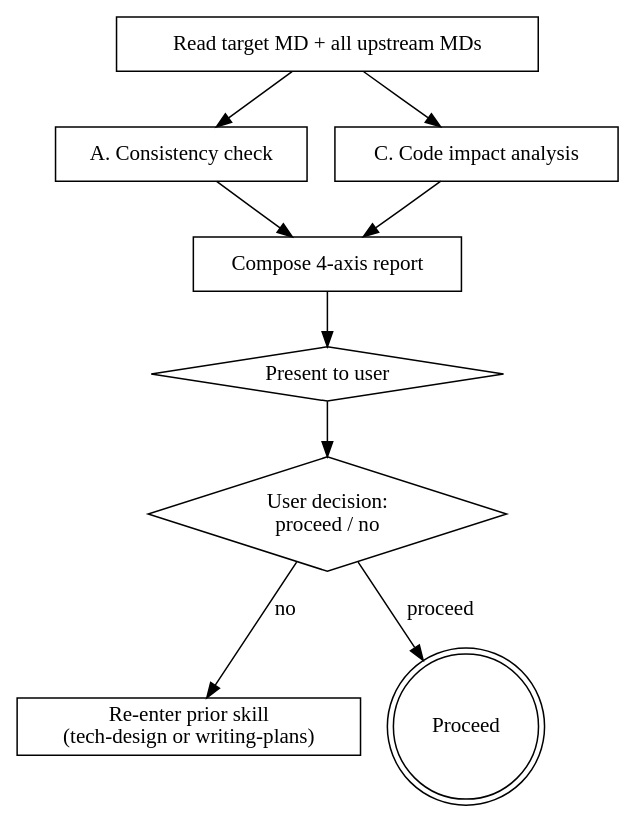
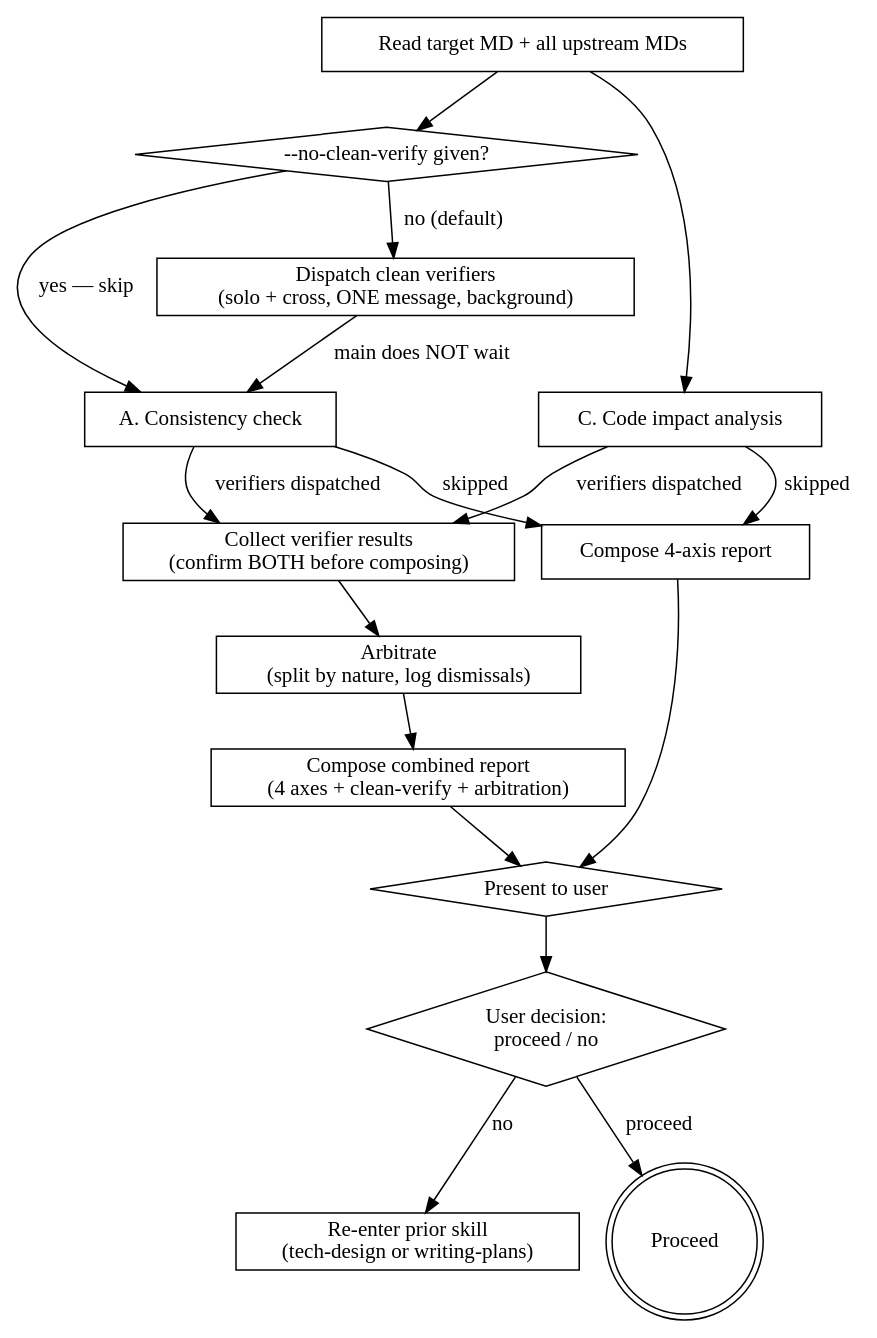
The diagram in skills/verifying-spec/SKILL.md (LonerStayle/js-super), drawn with Graphviz before and after one commit. The commit also changed other lines of this file, not shown here.

First line of the commit message:
task 3: verifying-spec 본문 개정 — 무맥락 검증자 병렬 dispatch + 중재 + 통합 보고서

````diff
--- a/skills/verifying-spec/SKILL.md
+++ b/skills/verifying-spec/SKILL.md
@@ -28,21 +29,34 @@
 ```dot
 digraph verify_flow {
     "Read target MD + all upstream MDs" [shape=box];
+    "--no-clean-verify given?" [shape=diamond];
+    "Dispatch clean verifiers\n(solo + cross, ONE message, background)" [shape=box];
     "A. Consistency check" [shape=box];
     "C. Code impact analysis" [shape=box];
+    "Collect verifier results\n(confirm BOTH before composing)" [shape=box];
+    "Arbitrate\n(split by nature, log dismissals)" [shape=box];
+    "Compose combined report\n(4 axes + clean-verify + arbitration)" [shape=box];
     "Compose 4-axis report" [shape=box];
     "Present to user" [shape=diamond];
     "User decision:\nproceed / no" [shape=diamond];
     "Re-enter prior skill\n(tech-design or writing-plans)" [shape=box];
     "Proceed" [shape=doublecircle];
 
-    "Read target MD + all upstream MDs" -> "A. Consistency check";
+    "Read target MD + all upstream MDs" -> "--no-clean-verify given?";
+    "--no-clean-verify given?" -> "Dispatch clean verifiers\n(solo + cross, ONE message, background)" [label="no (default)"];
+    "--no-clean-verify given?" -> "A. Consistency check" [label="yes — skip"];
+    "Dispatch clean verifiers\n(solo + cross, ONE message, background)" -> "A. Consistency check" [label="main does NOT wait"];
     "Read target MD + all upstream MDs" -> "C. Code impact analysis";
-    "A. Consistency check" -> "Compose 4-axis report";
-    "C. Code impact analysis" -> "Compose 4-axis report";
+    "A. Consistency check" -> "Collect verifier results\n(confirm BOTH before composing)" [label="verifiers dispatched"];
+    "C. Code impact analysis" -> "Collect verifier results\n(confirm BOTH before composing)" [label="verifiers dispatched"];
+    "A. Consistency check" -> "Compose 4-axis report" [label="skipped"];
+    "C. Code impact analysis" -> "Compose 4-axis report" [label="skipped"];
+    "Collect verifier results\n(confirm BOTH before composing)" -> "Arbitrate\n(split by nature, log dismissals)";
+    "Arbitrate\n(split by nature, log dismissals)" -> "Compose combined report\n(4 axes + clean-verify + arbitration)";
+    "Compose combined report\n(4 axes + clean-verify + arbitration)" -> "Present to user";
     "Compose 4-axis report" -> "Present to user";
     "Present to user" -> "User decision:\nproceed / no";
     "User decision:\nproceed / no" -> "Re-enter prior skill\n(tech-design or writing-plans)" [label="no"];
     "User decision:\nproceed / no" -> "Proceed" [label="proceed"];
 }
 ```
````
